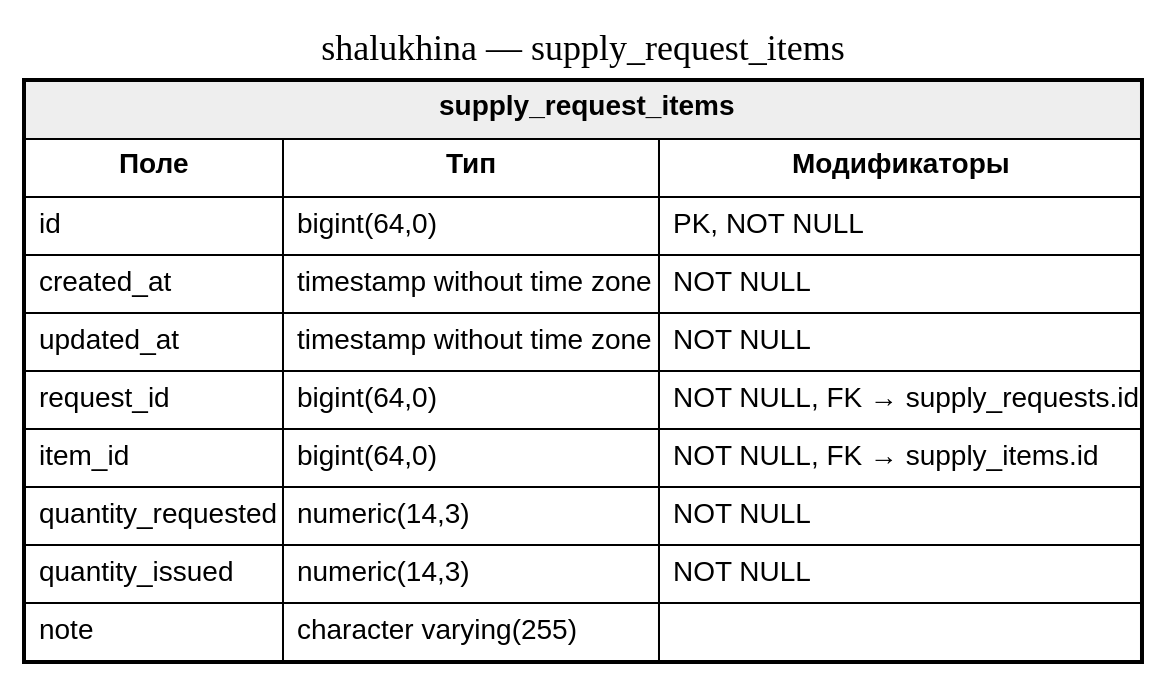
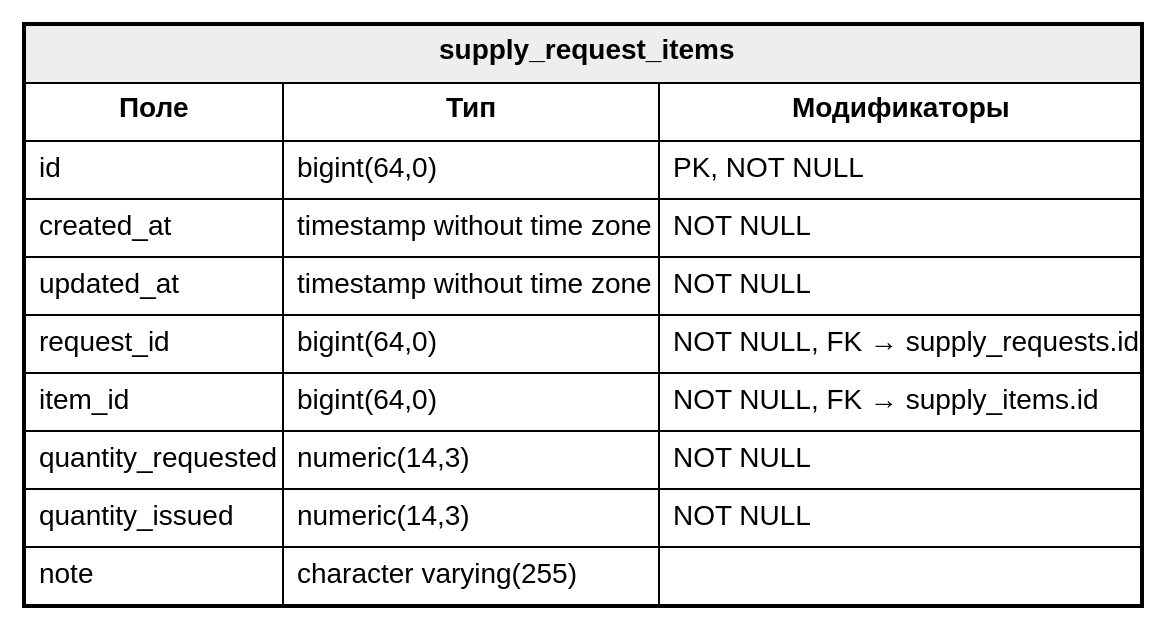
The diagram in database-screenshots/dot/tables/supply_request_items.dot (diplomas-2026/shalukhina), drawn with Graphviz before and after one commit. The commit also changed 29 other files, not shown here.

Commit message:
Add database schema screenshots

```diff
--- a/database-screenshots/dot/tables/supply_request_items.dot
+++ b/database-screenshots/dot/tables/supply_request_items.dot
@@ -1,7 +1,5 @@
 digraph single_table {
   graph [rankdir=TB, fontsize=18];
   node [shape=plain, fontname="Arial"];
-  label="shalukhina — supply_request_items";
-  labelloc=t;
   "supply_request_items" [label=<<TABLE BORDER="1" CELLBORDER="1" CELLSPACING="0" CELLPADDING="6"><TR><TD BGCOLOR="#eeeeee" COLSPAN="3"><B>supply_request_items</B></TD></TR><TR><TD><B>Поле</B></TD><TD><B>Тип</B></TD><TD><B>Модификаторы</B></TD></TR><TR><TD ALIGN="LEFT">id</TD><TD ALIGN="LEFT">bigint(64,0)</TD><TD ALIGN="LEFT">PK, NOT NULL</TD></TR><TR><TD ALIGN="LEFT">created_at</TD><TD ALIGN="LEFT">timestamp without time zone</TD><TD ALIGN="LEFT">NOT NULL</TD></TR><TR><TD ALIGN="LEFT">updated_at</TD><TD ALIGN="LEFT">timestamp without time zone</TD><TD ALIGN="LEFT">NOT NULL</TD></TR><TR><TD ALIGN="LEFT">request_id</TD><TD ALIGN="LEFT">bigint(64,0)</TD><TD ALIGN="LEFT">NOT NULL, FK → supply_requests.id</TD></TR><TR><TD ALIGN="LEFT">item_id</TD><TD ALIGN="LEFT">bigint(64,0)</TD><TD ALIGN="LEFT">NOT NULL, FK → supply_items.id</TD></TR><TR><TD ALIGN="LEFT">quantity_requested</TD><TD ALIGN="LEFT">numeric(14,3)</TD><TD ALIGN="LEFT">NOT NULL</TD></TR><TR><TD ALIGN="LEFT">quantity_issued</TD><TD ALIGN="LEFT">numeric(14,3)</TD><TD ALIGN="LEFT">NOT NULL</TD></TR><TR><TD ALIGN="LEFT">note</TD><TD ALIGN="LEFT">character varying(255)</TD><TD ALIGN="LEFT"></TD></TR></TABLE>>];
 }
```
